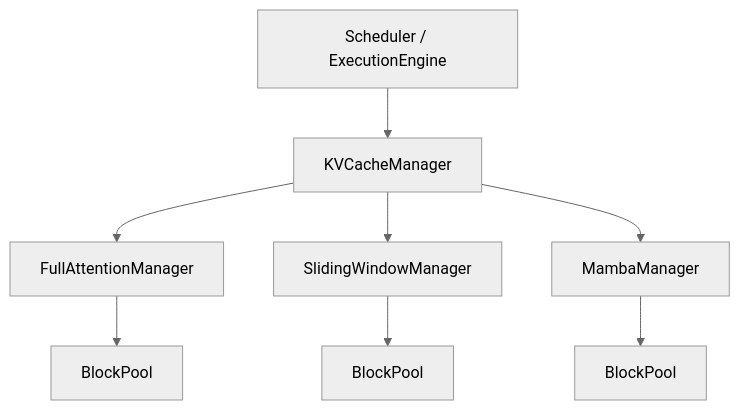
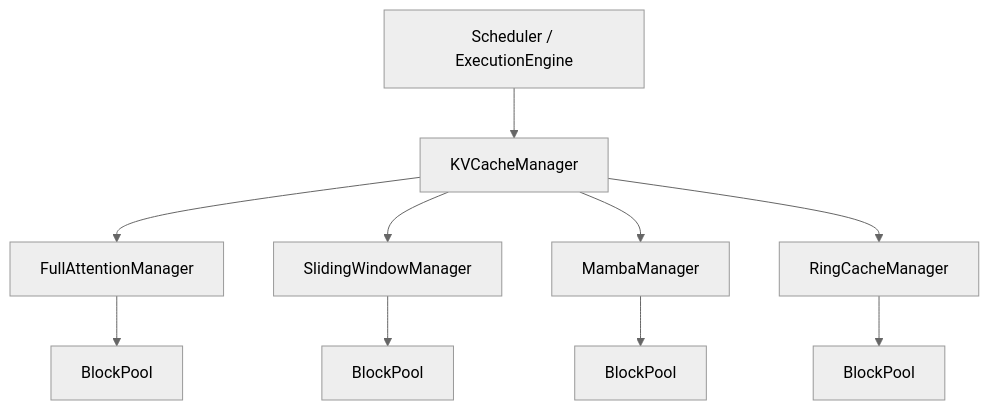
Before and after one commit to hicann/cann-recipes-infer: the first of 3 diagrams in docs/design/kv_cache_design.md, drawn with Mermaid (neutral theme). The commit also changed other lines of this file and 77 other files, not shown here.

````diff
--- a/docs/design/kv_cache_design.md
+++ b/docs/design/kv_cache_design.md
@@ -60,10 +60,12 @@
 ```mermaid
 graph TD
     A[Scheduler / ExecutionEngine] --> B[KVCacheManager]
     B --> C1[FullAttentionManager]
     B --> C2[SlidingWindowManager]
     B --> C3[MambaManager]
+    B --> C4[RingCacheManager]
     C1 --> D1[BlockPool]
     C2 --> D2[BlockPool]
     C3 --> D3[BlockPool]
+    C4 --> D4[BlockPool]
 ```
````
